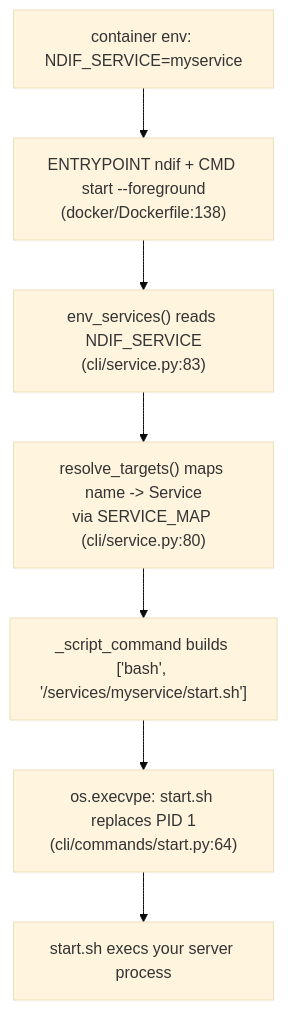
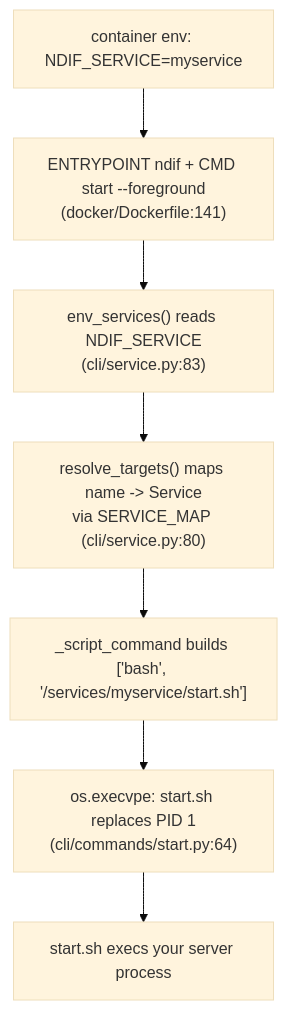
Before and after one commit to ndif-team/ndif: the diagram in docs/developing/adding-a-service.md, drawn with Mermaid (base theme). The commit also changed other lines of this file and 14 other files, not shown here.

````diff
--- a/docs/developing/adding-a-service.md
+++ b/docs/developing/adding-a-service.md
@@ -28,9 +28,9 @@
 ```mermaid
 flowchart TB
-    A["container env: NDIF_SERVICE=myservice"] --> B["ENTRYPOINT ndif + CMD start --foreground<br/>(docker/Dockerfile:138)"]
+    A["container env: NDIF_SERVICE=myservice"] --> B["ENTRYPOINT ndif + CMD start --foreground<br/>(docker/Dockerfile:141)"]
     B --> C["env_services() reads NDIF_SERVICE<br/>(cli/service.py:83)"]
     C --> D["resolve_targets() maps name -> Service<br/>via SERVICE_MAP (cli/service.py:80)"]
     D --> E["_script_command builds ['bash', '<pkg>/services/myservice/start.sh']"]
     E --> F["os.execvpe: start.sh replaces PID 1<br/>(cli/commands/start.py:64)"]
     F --> G["start.sh execs your server process"]
 ```
````
